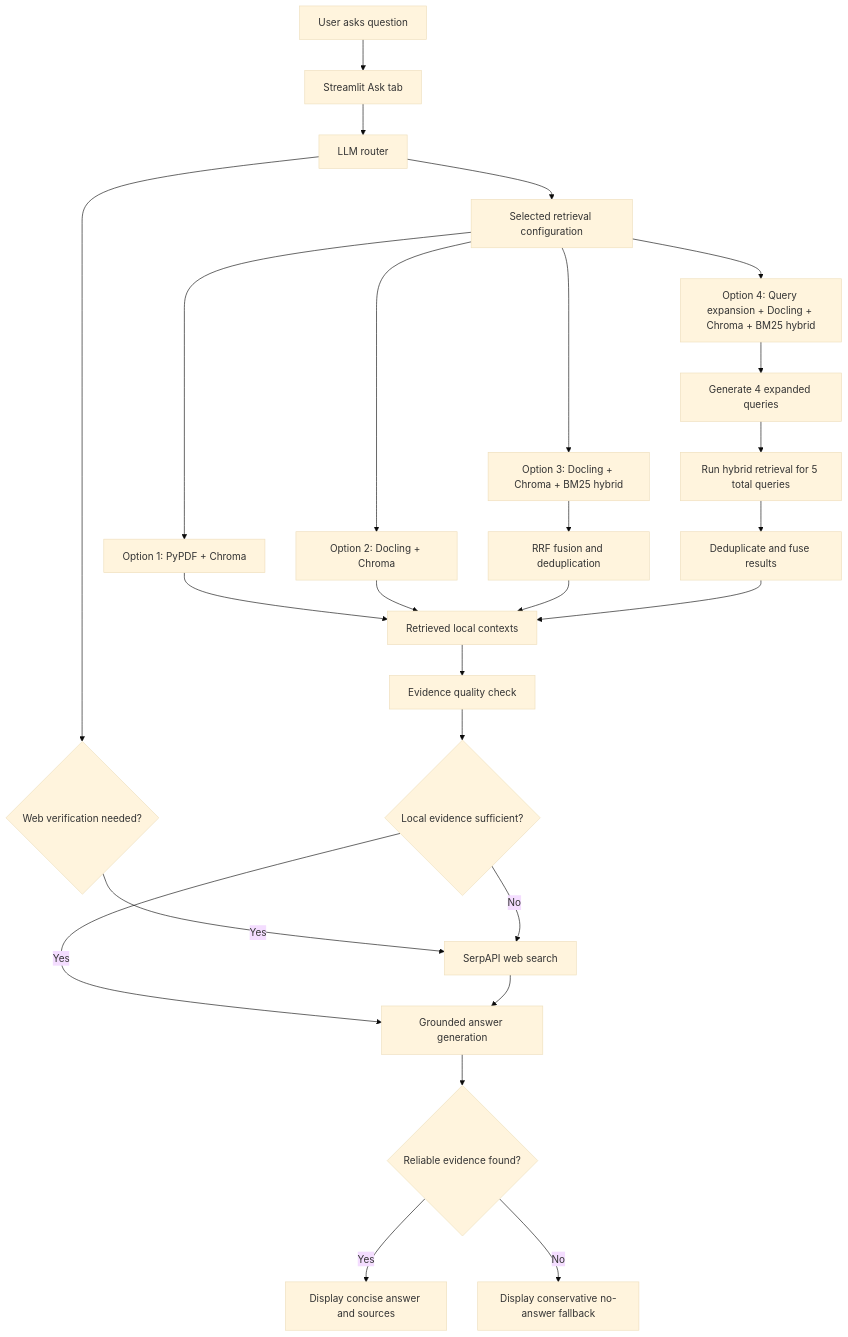
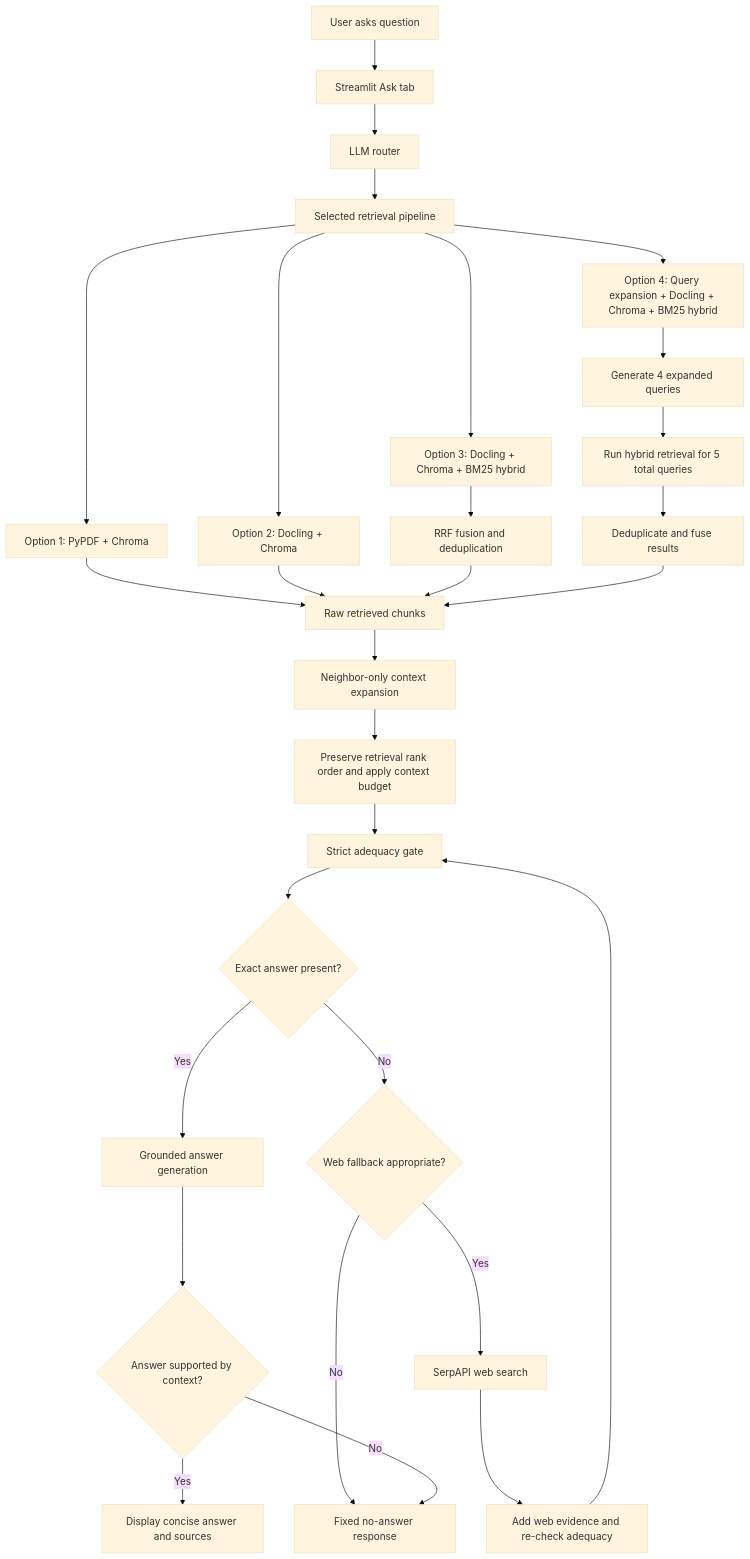
One commit to helsharif/cobb-county-code-rag-assistant changed the first of 2 diagrams in FLOW_LOGIC.md. Above: the diagram before and after it, drawn with Mermaid (base theme). The commit also changed other lines of this file and 10 other files, not shown here.

````diff
--- a/FLOW_LOGIC.md
+++ b/FLOW_LOGIC.md
@@ -463,27 +565,30 @@
 ```mermaid
 flowchart TD
     A["User asks question"] --> B["Streamlit Ask tab"]
     B --> C["LLM router"]
-    C --> D["Selected retrieval configuration"]
+    C --> D["Selected retrieval pipeline"]
 
     D --> O1["Option 1: PyPDF + Chroma"]
     D --> O2["Option 2: Docling + Chroma"]
     D --> O3["Option 3: Docling + Chroma + BM25 hybrid"]
     D --> O4["Option 4: Query expansion + Docling + Chroma + BM25 hybrid"]
 
-    O1 --> E["Retrieved local contexts"]
+    O1 --> E["Raw retrieved chunks"]
     O2 --> E
     O3 --> H["RRF fusion and deduplication"] --> E
     O4 --> Q["Generate 4 expanded queries"] --> M["Run hybrid retrieval for 5 total queries"] --> H2["Deduplicate and fuse results"] --> E
 
-    E --> F["Evidence quality check"]
-    C --> W{"Web verification needed?"}
-    F --> G{"Local evidence sufficient?"}
+    E --> X["Neighbor-only context expansion"]
+    X --> Y["Preserve retrieval rank order and apply context budget"]
+    Y --> F["Strict adequacy gate"]
+    F --> G{"Exact answer present?"}
+    G -->|Yes| R["Grounded answer generation"]
+    G -->|No| W{"Web fallback appropriate?"}
     W -->|Yes| S["SerpAPI web search"]
-    G -->|No| S
-    G -->|Yes| R["Grounded answer generation"]
-    S --> R
-    R --> T{"Reliable evidence found?"}
+    S --> X2["Add web evidence and re-check adequacy"]
+    X2 --> F
+    W -->|No| V["Fixed no-answer response"]
+    R --> T{"Answer supported by context?"}
     T -->|Yes| U["Display concise answer and sources"]
-    T -->|No| V["Display conservative no-answer fallback"]
+    T -->|No| V
 ```
````
